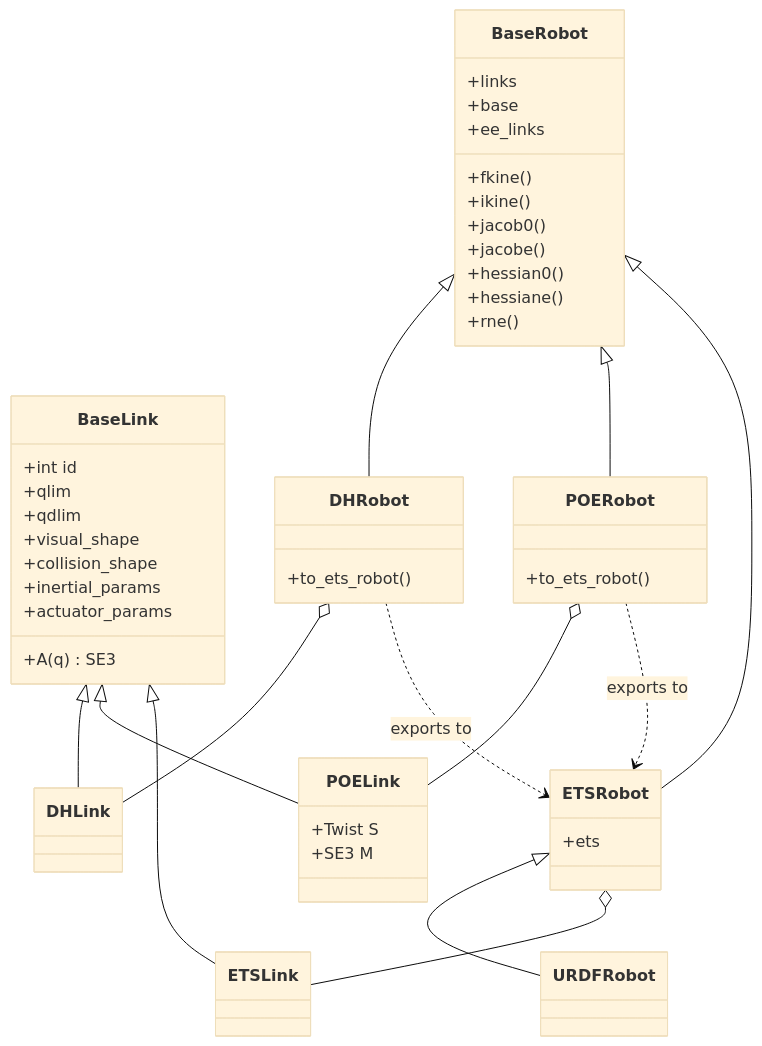
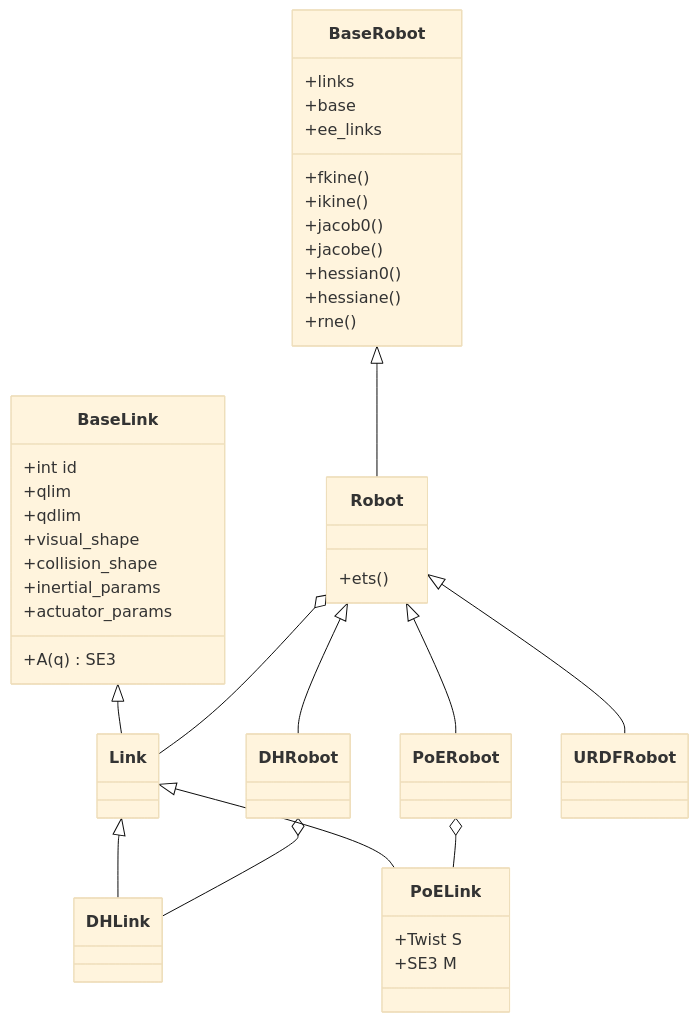
The first of 3 diagrams in desiderata.md (petercorke/robotics-toolbox-python), drawn with Mermaid (base theme) before and after one commit. The commit also changed other lines of this file, not shown here.

````diff
--- a/desiderata.md
+++ b/desiderata.md
@@ -134,58 +155,51 @@
 ```mermaid
 classDiagram
     class BaseLink {
         +int id
         +A(q) SE3
         +qlim
         +qdlim
         +visual_shape
         +collision_shape
         +inertial_params
         +actuator_params
     }
+    class Link
     class DHLink
-    class POELink {
+    class PoELink {
         +Twist S
         +SE3 M
     }
-    class ETSLink
 
-    BaseLink <|-- DHLink
-    BaseLink <|-- POELink
-    BaseLink <|-- ETSLink
+    BaseLink <|-- Link
+    Link <|-- DHLink
+    Link <|-- PoELink
 
     class BaseRobot {
         +links
         +base
         +ee_links
         +fkine()
         +ikine()
         +jacob0()
         +jacobe()
         +hessian0()
         +hessiane()
         +rne()
     }
-    class DHRobot {
-        +to_ets_robot()
+    class Robot {
+        +ets()
     }
-    class POERobot {
-        +to_ets_robot()
-    }
-    class ETSRobot {
-        +ets
-    }
+    class DHRobot
+    class PoERobot
     class URDFRobot
 
-    BaseRobot <|-- DHRobot
-    BaseRobot <|-- POERobot
-    BaseRobot <|-- ETSRobot
-    ETSRobot <|-- URDFRobot
+    BaseRobot <|-- Robot
+    Robot <|-- DHRobot
+    Robot <|-- PoERobot
+    Robot <|-- URDFRobot
 
+    Robot o-- Link
     DHRobot o-- DHLink
-    POERobot o-- POELink
-    ETSRobot o-- ETSLink
-
-    DHRobot ..> ETSRobot : exports to
-    POERobot ..> ETSRobot : exports to
+    PoERobot o-- PoELink
 ```
````
